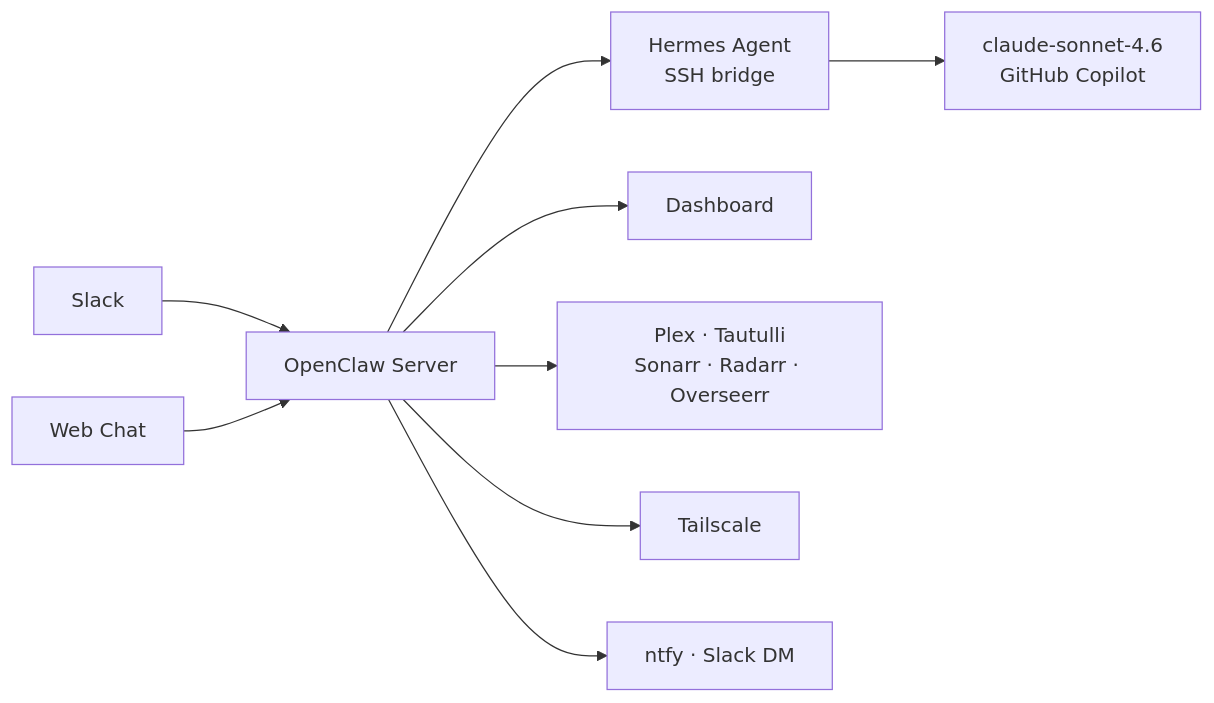
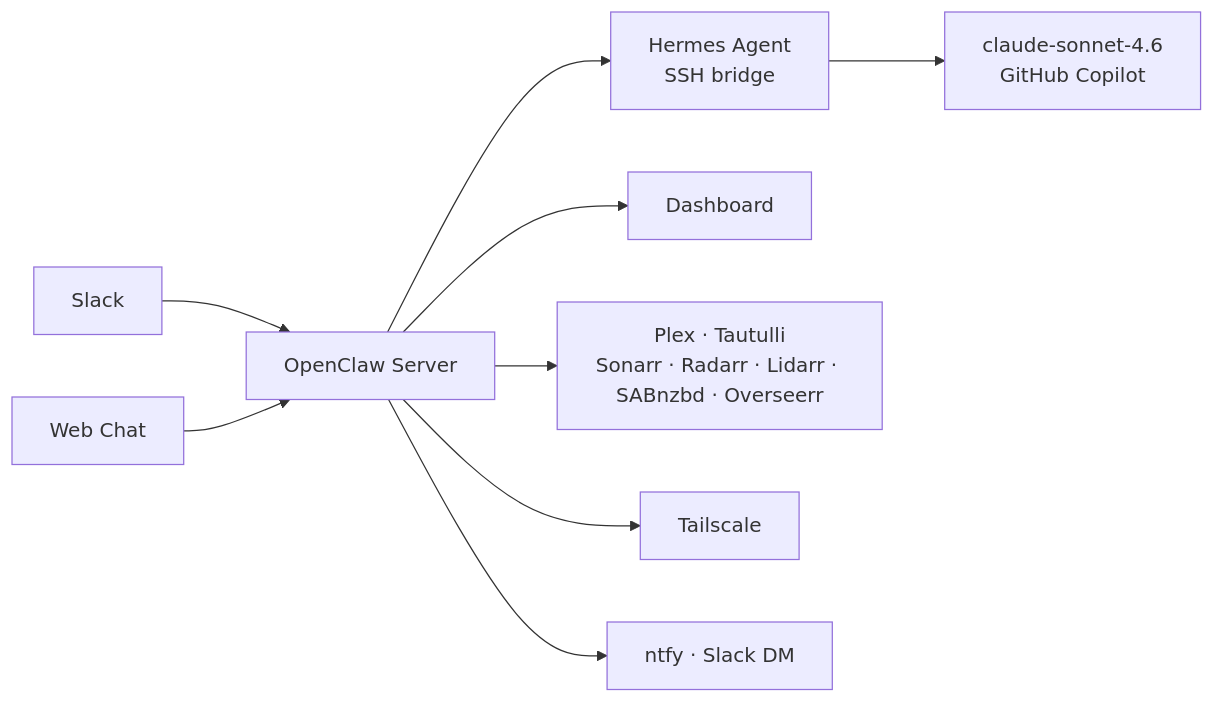
One commit to DaveVoyles/openclaw-on-mac-mini changed the diagram in README.md. Above: the diagram before and after it, drawn with Mermaid. The commit also changed other lines of this file and 7 other files, not shown here.

First line of the commit message:
feat(wave10): SABnzbd downloads, Lidarr queue, Time Machine fix, tools panel

````diff
--- a/README.md
+++ b/README.md
@@ -61,14 +64,14 @@
 ```mermaid
 flowchart LR
     SL[Slack] --> OC[OpenClaw Server]
     WC[Web Chat] --> OC
     OC --> HA[Hermes Agent
 SSH bridge]
     HA --> LLM[claude-sonnet-4.6
 GitHub Copilot]
     OC --> DB[Dashboard]
     OC --> MEDIA[Plex · Tautulli
-Sonarr · Radarr · Overseerr]
+Sonarr · Radarr · Lidarr · SABnzbd · Overseerr]
     OC --> NET[Tailscale]
     OC --> NOTIFY[ntfy · Slack DM]
 ```
````
